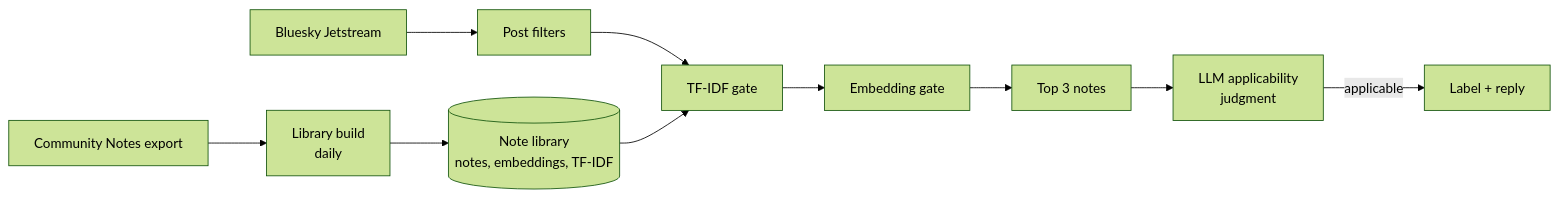
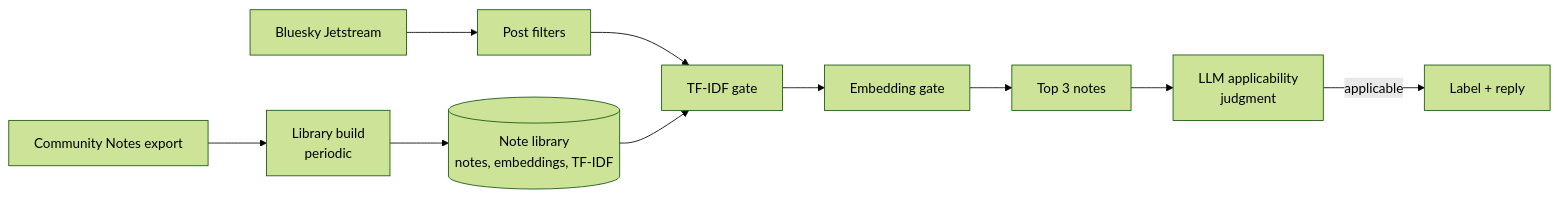
One commit to NishkaArora/CrossNote changed the diagram in README.md. Above: the diagram before and after it, drawn with Mermaid (forest theme). The commit also changed other lines of this file and 3 other files, not shown here.

First line of the commit message:
Docs: library is rebuilt periodically, not daily

````diff
--- a/README.md
+++ b/README.md
@@ -19,12 +19,12 @@
 ```mermaid
 flowchart LR
-  A[Community Notes export] --> B[Library build<br/>daily]
+  A[Community Notes export] --> B[Library build<br/>periodic]
   B --> C[(Note library<br/>notes, embeddings, TF-IDF)]
   D[Bluesky Jetstream] --> E[Post filters]
   E --> F[TF-IDF gate]
   F --> G[Embedding gate]
   G --> H[Top 3 notes]
   H --> I[LLM applicability<br/>judgment]
   C --> F
   I -->|applicable| J[Label + reply]
 ```
````
